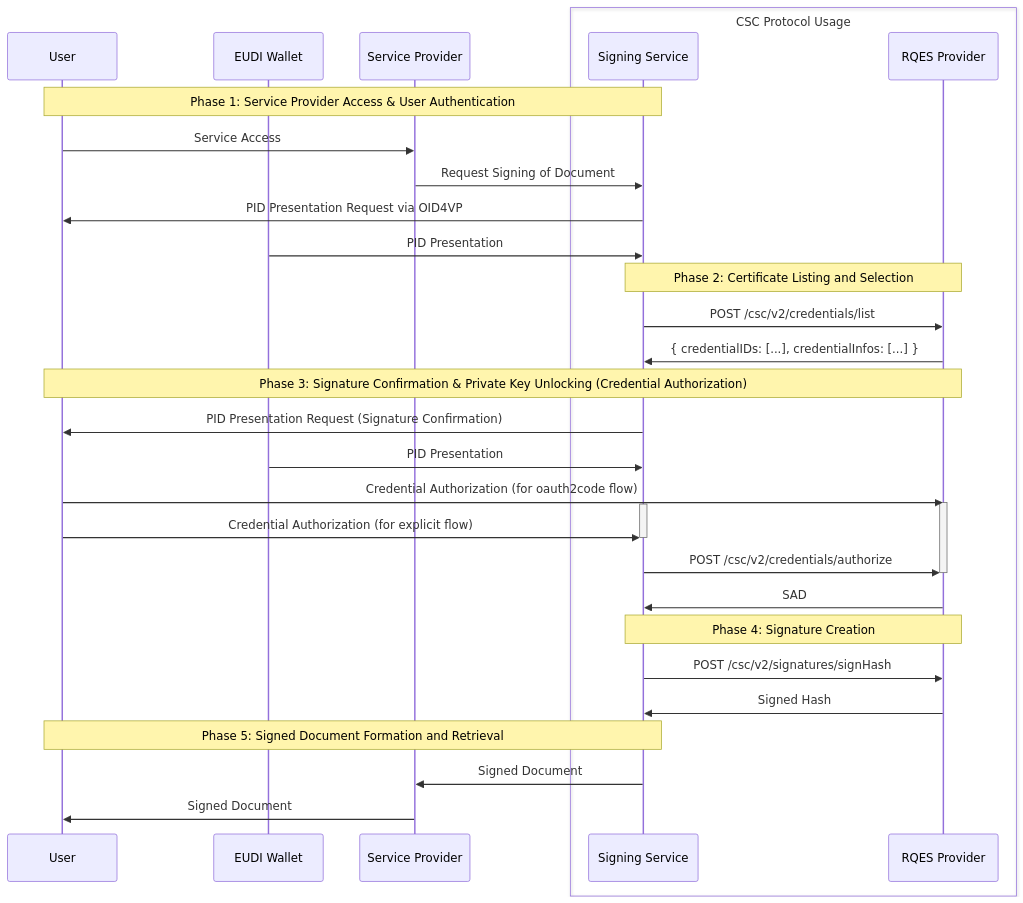
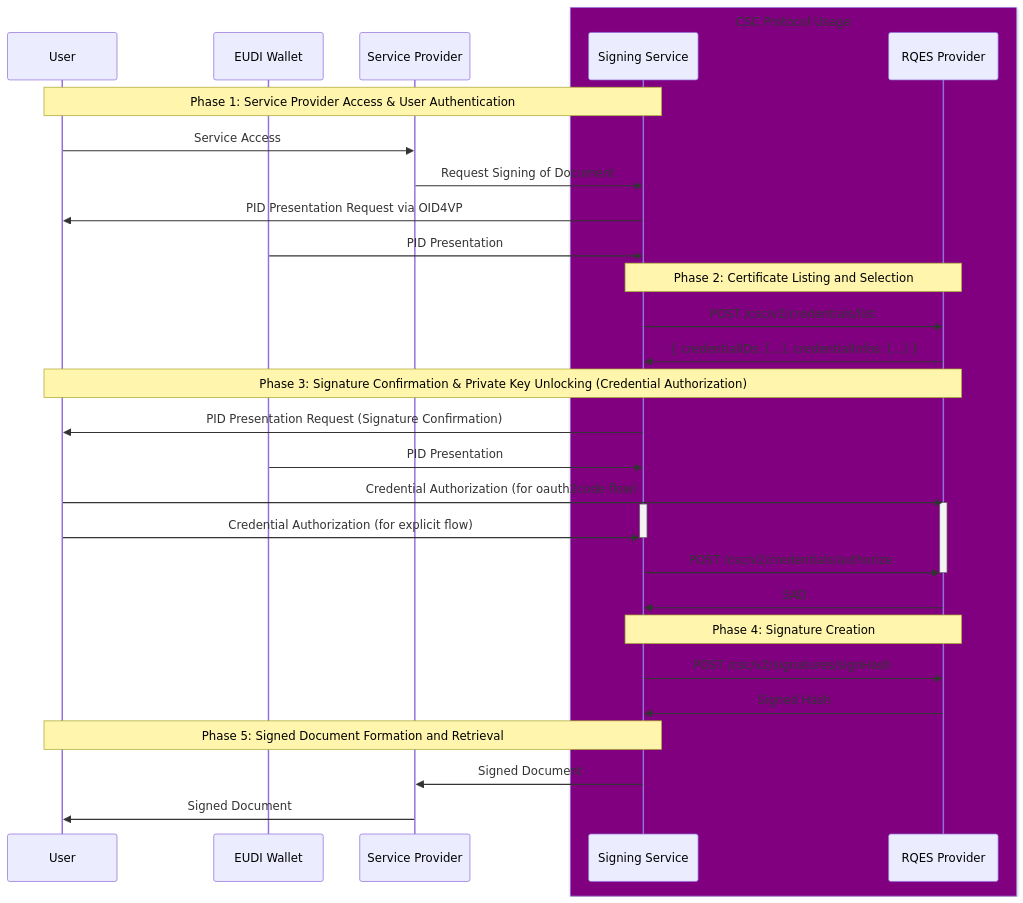
One commit to EWC-consortium/eudi-wallet-rfcs changed the first of 6 diagrams in ewc-rfc010-long-term-certifice-qes-creation.md. Above: the diagram before and after it, drawn with Mermaid.

Commit message:
RFC-010: Overview diagram fix.

````diff
--- a/ewc-rfc010-long-term-certifice-qes-creation.md
+++ b/ewc-rfc010-long-term-certifice-qes-creation.md
@@ -73,44 +73,44 @@
 ```mermaid
    sequenceDiagram
     participant User
     participant EUDI Wallet
     participant Service Provider
-    box CSC Protocol Usage
+    box Purple CSC Protocol Usage
     participant Signing Service
     participant RQES Provider
     end
 
     Note over User, Signing Service: Phase 1: Service Provider Access & User Authentication
     User->>Service Provider: Service Access
     Service Provider->>Signing Service: Request Signing of Document
     Signing Service->>User: PID Presentation Request via OID4VP
     EUDI Wallet->>Signing Service: PID Presentation
 
     Note over Signing Service, RQES Provider: Phase 2: Certificate Listing and Selection
     Signing Service->>RQES Provider: POST /csc/v2/credentials/list
     RQES Provider->>Signing Service: { credentialIDs: [...], credentialInfos: [...] }
 
     Note over User, RQES Provider: Phase 3: Signature Confirmation & Private Key Unlocking (Credential Authorization)
     Signing Service->>User: PID Presentation Request (Signature Confirmation)
     EUDI Wallet->>Signing Service: PID Presentation
 
     
     User->>RQES Provider: Credential Authorization (for oauth2code flow)
     activate RQES Provider
     activate Signing Service
     User->>Signing Service: Credential Authorization (for explicit flow)
     deactivate Signing Service
     
 
     Signing Service->>RQES Provider: POST /csc/v2/credentials/authorize
     deactivate RQES Provider
     RQES Provider->>Signing Service: SAD
 
     Note over Signing Service, RQES Provider: Phase 4: Signature Creation
     Signing Service->>RQES Provider: POST /csc/v2/signatures/signHash
     RQES Provider->>Signing Service: Signed Hash
 
     Note over User, Signing Service: Phase 5: Signed Document Formation and Retrieval
     Signing Service->>Service Provider: Signed Document
     Service Provider->>User: Signed Document
 ```
````
